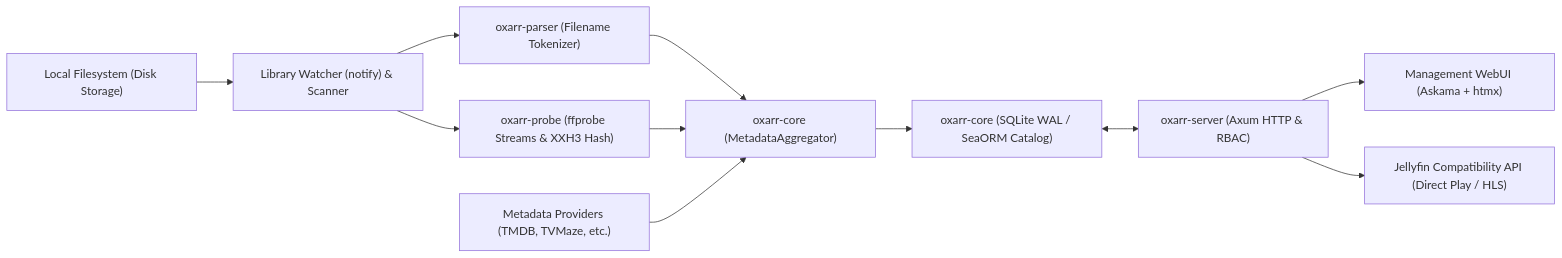
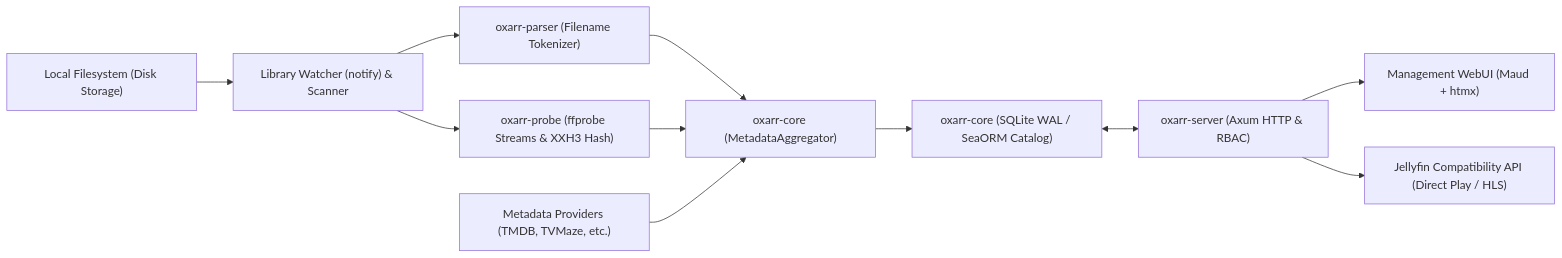
One commit to bubuntux/oxarr changed the diagram in docs/architecture.md. Above: the diagram before and after it, drawn with Mermaid. The commit also changed other lines of this file and 13 other files, not shown here.

Commit message:
refactor(server): migrate webui from askama to maud pure-rust markup

````diff
--- a/docs/architecture.md
+++ b/docs/architecture.md
@@ -26,13 +26,13 @@
 ```mermaid
 flowchart LR
     FS["Local Filesystem (Disk Storage)"] --> Watcher["Library Watcher (notify) & Scanner"]
     Watcher --> Parser["oxarr-parser (Filename Tokenizer)"]
     Watcher --> Probe["oxarr-probe (ffprobe Streams & XXH3 Hash)"]
     Parser --> Aggregator["oxarr-core (MetadataAggregator)"]
     Probe --> Aggregator
     Providers["Metadata Providers (TMDB, TVMaze, etc.)"] --> Aggregator
     Aggregator --> DB["oxarr-core (SQLite WAL / SeaORM Catalog)"]
     DB <--> Server["oxarr-server (Axum HTTP & RBAC)"]
-    Server --> UI["Management WebUI (Askama + htmx)"]
+    Server --> UI["Management WebUI (Maud + htmx)"]
     Server --> JF["Jellyfin Compatibility API (Direct Play / HLS)"]
 ```
````
